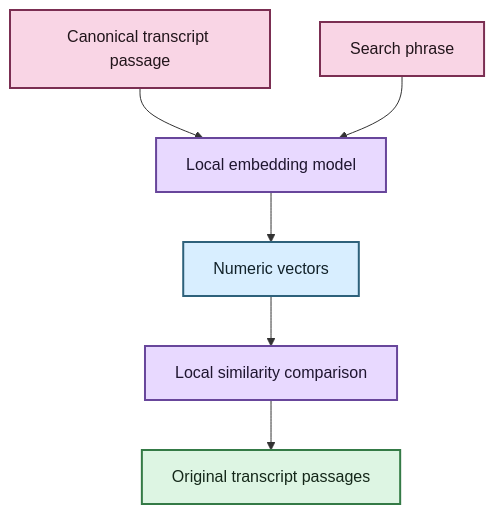
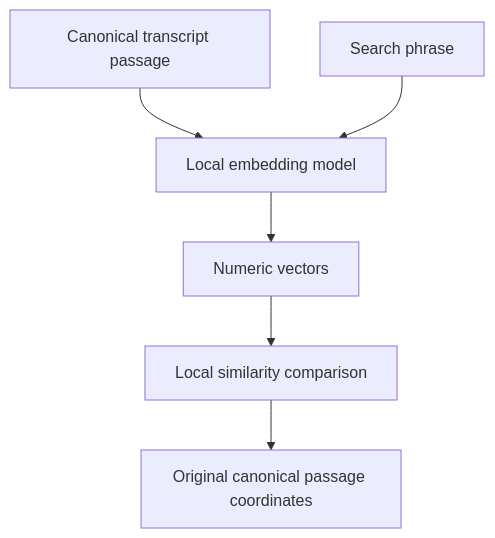
Before and after one commit to SSD1805/EchoFlow: the second of 3 diagrams in docs/semantic-search.md, drawn with Mermaid. The commit also changed other lines of this file, not shown here.

Commit message:
docs: update semantic search custody and diagrams

````diff
--- a/docs/semantic-search.md
+++ b/docs/semantic-search.md
@@ -63,18 +56,8 @@
 ```mermaid
 flowchart TD
     A[Canonical transcript passage] --> B[Local embedding model]
-    Q[Search phrase] --> B
-    B --> C[Numeric vectors]
-    C --> D[Local similarity comparison]
-    D --> E[Original transcript passages]
-
-    classDef evidence fill:#F9D5E5,stroke:#7B2E52,stroke-width:2px,color:#22151B
-    classDef process fill:#E8D9FF,stroke:#68469B,stroke-width:2px,color:#1F1630
-    classDef derived fill:#D8EEFF,stroke:#2E617B,stroke-width:2px,color:#12222A
-    classDef result fill:#DDF5E3,stroke:#347A46,stroke-width:2px,color:#142719
-
-    class A,Q evidence
-    class B,D process
-    class C derived
-    class E result
+    C[Search phrase] --> B
+    B --> D[Numeric vectors]
+    D --> E[Local similarity comparison]
+    E --> F[Original canonical passage coordinates]
 ```
````
